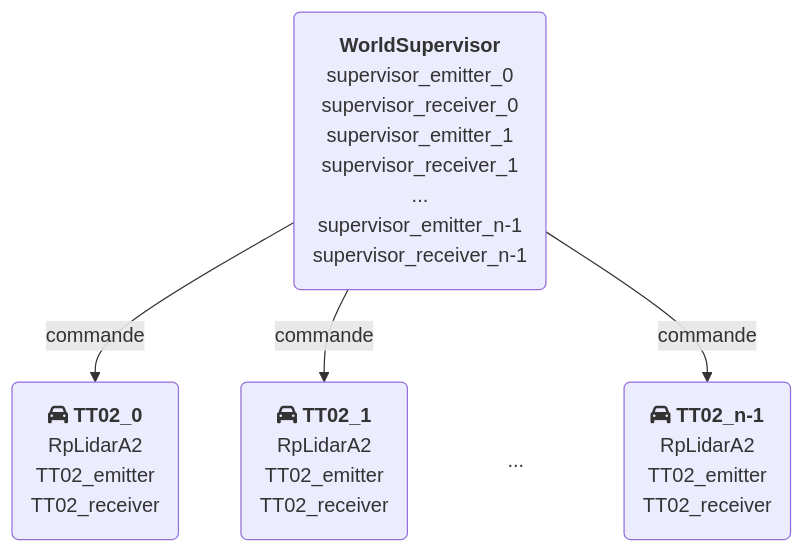
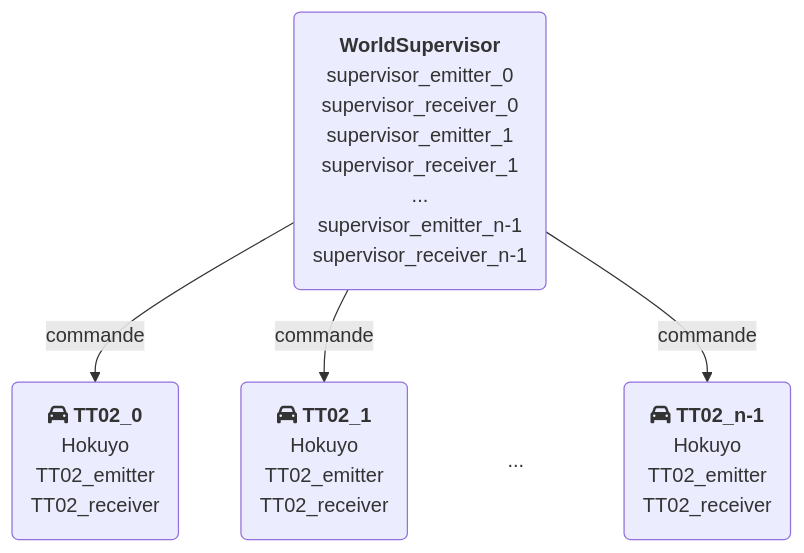
The third of 3 diagrams in docs/Simulateur.md (Club-INTech/CoVAPSy), drawn with Mermaid before and after one commit. The commit also changed other lines of this file and 104 other files, not shown here.

````diff
--- a/docs/Simulateur.md
+++ b/docs/Simulateur.md
@@ -84,28 +84,28 @@
 ```mermaid
 flowchart TD
     Super("`__WorldSupervisor__
     supervisor_emitter_0
     supervisor_receiver_0
     supervisor_emitter_1
     supervisor_receiver_1
     ...
     supervisor_emitter_n-1
     supervisor_receiver_n-1`") --> |commande| B("`__fa:fa-car TT02_0__
-    RpLidarA2
+    Hokuyo
     TT02_emitter
     TT02_receiver`")
 
     Super --> |commande| C("`__fa:fa-car TT02_1__
-    RpLidarA2
+    Hokuyo
     TT02_emitter
     TT02_receiver`")
 
     Super --> D[...]
     style D fill:none,stroke:none
     linkStyle 2 stroke-width:0,marker-end:none
 
     Super --> |commande| E("`__fa:fa-car TT02_n-1__
-    RpLidarA2
+    Hokuyo
     TT02_emitter
     TT02_receiver`")
 ```
````
